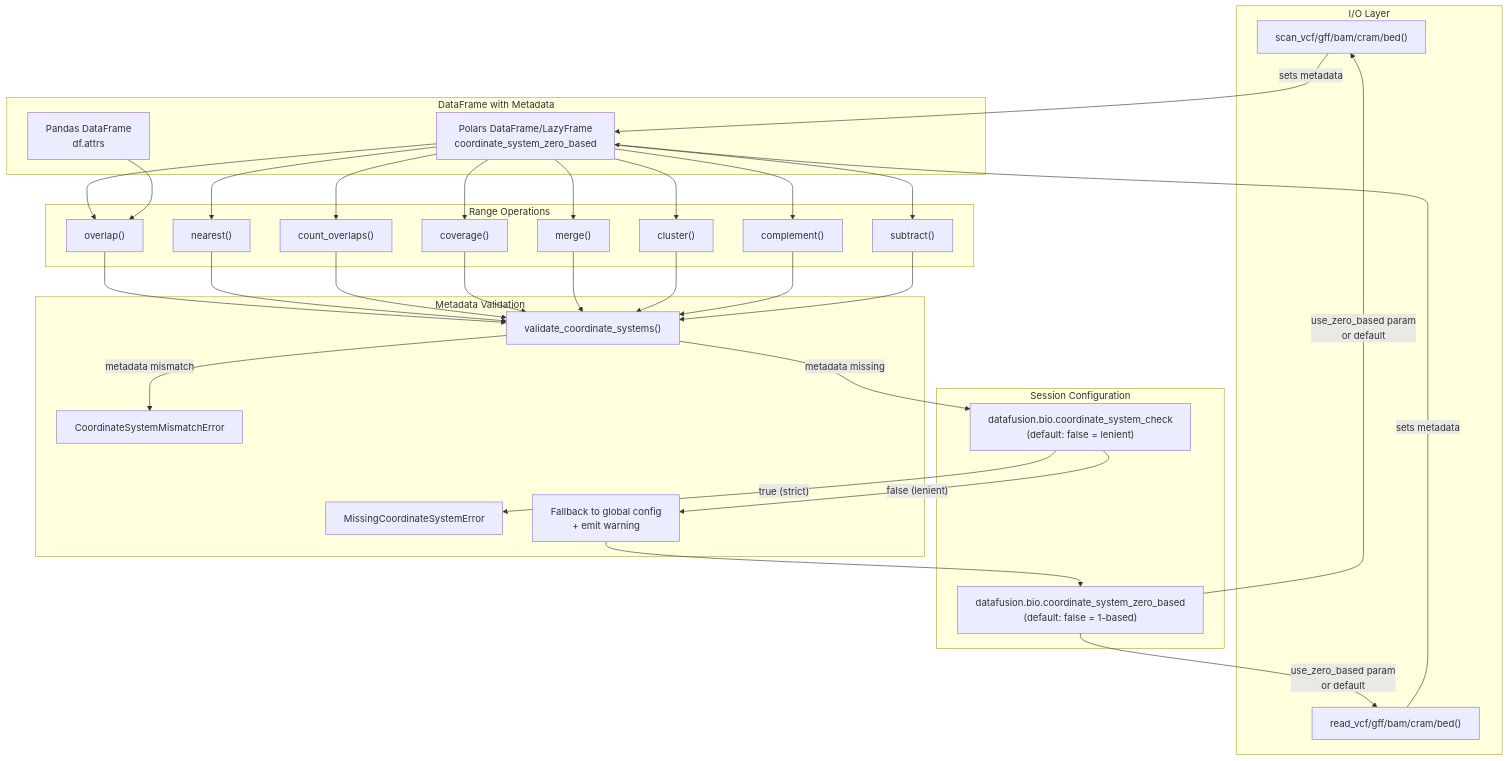
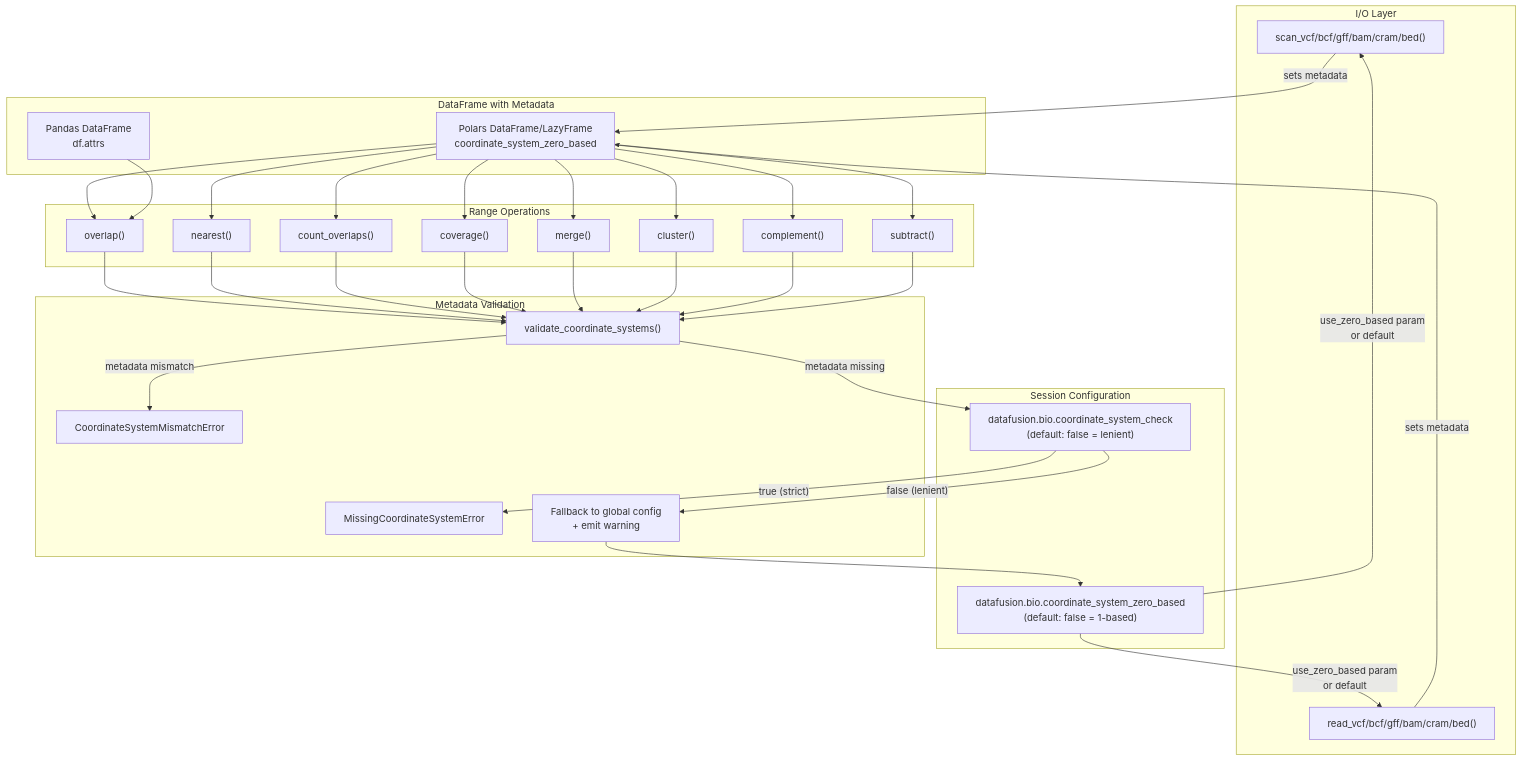
The diagram in docs/features/reading.md (biodatageeks/polars-bio), drawn with Mermaid before and after one commit. The commit also changed other lines of this file and 58 other files, not shown here.

First line of the commit message:
feat: Add native BCF APIs with VCF parity (#435)

````diff
--- a/docs/features/reading.md
+++ b/docs/features/reading.md
@@ -428,65 +490,65 @@
 ```mermaid
 flowchart TB
     subgraph IO["I/O Layer"]
-        scan["scan_vcf/gff/bam/cram/bed()"]
-        read["read_vcf/gff/bam/cram/bed()"]
+        scan["scan_vcf/bcf/gff/bam/cram/bed()"]
+        read["read_vcf/bcf/gff/bam/cram/bed()"]
     end
 
     subgraph Config["Session Configuration"]
         zero_based["datafusion.bio.coordinate_system_zero_based<br/>(default: false = 1-based)"]
         check["datafusion.bio.coordinate_system_check<br/>(default: false = lenient)"]
     end
 
     subgraph DF["DataFrame with Metadata"]
         polars_meta["Polars DataFrame/LazyFrame<br/>coordinate_system_zero_based"]
         pandas_meta["Pandas DataFrame<br/>df.attrs"]
     end
 
     subgraph RangeOps["Range Operations"]
         overlap["overlap()"]
         nearest["nearest()"]
         count["count_overlaps()"]
         coverage["coverage()"]
         merge["merge()"]
         cluster["cluster()"]
         complement["complement()"]
         subtract["subtract()"]
     end
 
     subgraph Validation["Metadata Validation"]
         validate["validate_coordinate_systems()"]
         error1["MissingCoordinateSystemError"]
         error2["CoordinateSystemMismatchError"]
         fallback["Fallback to global config<br/>+ emit warning"]
     end
 
     scan --> |"sets metadata"| polars_meta
     read --> |"sets metadata"| polars_meta
     zero_based --> |"use_zero_based param<br/>or default"| scan
     zero_based --> |"use_zero_based param<br/>or default"| read
 
     polars_meta --> overlap
     polars_meta --> nearest
     polars_meta --> count
     polars_meta --> coverage
     polars_meta --> merge
     polars_meta --> cluster
     polars_meta --> complement
     polars_meta --> subtract
     pandas_meta --> overlap
 
     overlap --> validate
     nearest --> validate
     count --> validate
     coverage --> validate
     merge --> validate
     cluster --> validate
     complement --> validate
     subtract --> validate
 
     validate --> |"metadata missing"| check
     validate --> |"metadata mismatch"| error2
     check --> |"true (strict)"| error1
     check --> |"false (lenient)"| fallback
     fallback --> zero_based
 ```
````
